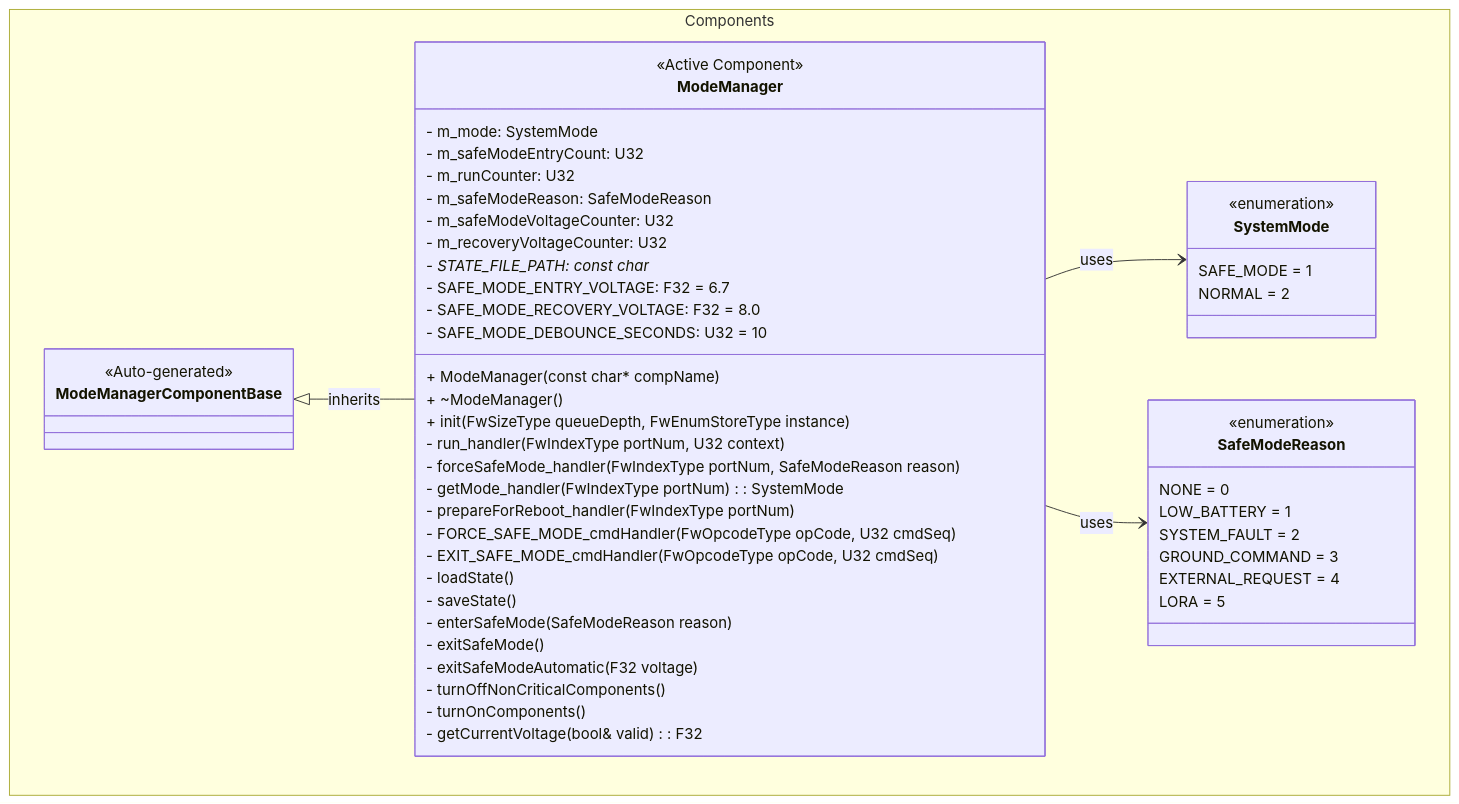
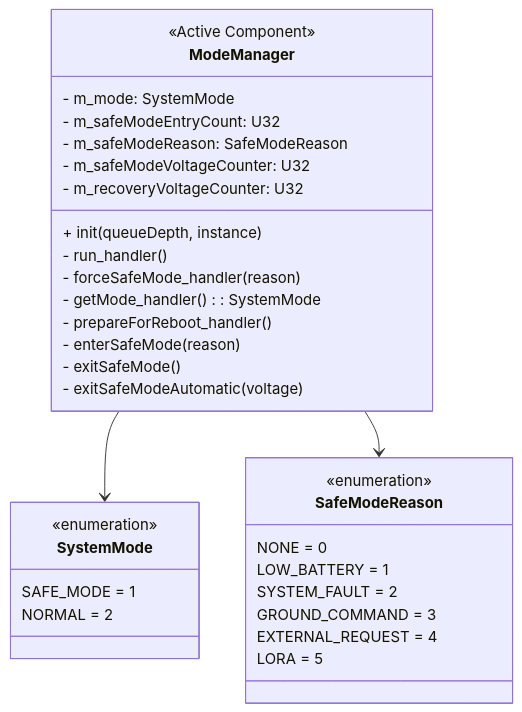
Before and after one commit to Open-Source-Space-Foundation/proves-core-reference: the first of 3 diagrams in FprimeZephyrReference/Components/ModeManager/docs/sdd.md, drawn with Mermaid. The commit also changed other lines of this file and 5 other files, not shown here.

````diff
--- a/FprimeZephyrReference/Components/ModeManager/docs/sdd.md
+++ b/FprimeZephyrReference/Components/ModeManager/docs/sdd.md
@@ -87,55 +21,35 @@
 ```mermaid
 classDiagram
-    namespace Components {
-        class ModeManagerComponentBase {
-            <<Auto-generated>>
-        }
-        class ModeManager {
-            <<Active Component>>
-            - m_mode: SystemMode
-            - m_safeModeEntryCount: U32
-            - m_runCounter: U32
-            - m_safeModeReason: SafeModeReason
-            - m_safeModeVoltageCounter: U32
-            - m_recoveryVoltageCounter: U32
-            - STATE_FILE_PATH: const char*
-            - SAFE_MODE_ENTRY_VOLTAGE: F32 = 6.7
-            - SAFE_MODE_RECOVERY_VOLTAGE: F32 = 8.0
-            - SAFE_MODE_DEBOUNCE_SECONDS: U32 = 10
-            + ModeManager(const char* compName)
-            + ~ModeManager()
-            + init(FwSizeType queueDepth, FwEnumStoreType instance)
-            - run_handler(FwIndexType portNum, U32 context)
-            - forceSafeMode_handler(FwIndexType portNum, SafeModeReason reason)
-            - getMode_handler(FwIndexType portNum): SystemMode
-            - prepareForReboot_handler(FwIndexType portNum)
-            - FORCE_SAFE_MODE_cmdHandler(FwOpcodeType opCode, U32 cmdSeq)
-            - EXIT_SAFE_MODE_cmdHandler(FwOpcodeType opCode, U32 cmdSeq)
-            - loadState()
-            - saveState()
-            - enterSafeMode(SafeModeReason reason)
-            - exitSafeMode()
-            - exitSafeModeAutomatic(F32 voltage)
-            - turnOffNonCriticalComponents()
-            - turnOnComponents()
-            - getCurrentVoltage(bool& valid): F32
-        }
-        class SystemMode {
-            <<enumeration>>
-            SAFE_MODE = 1
-            NORMAL = 2
-        }
-        class SafeModeReason {
-            <<enumeration>>
-            NONE = 0
-            LOW_BATTERY = 1
-            SYSTEM_FAULT = 2
-            GROUND_COMMAND = 3
-            EXTERNAL_REQUEST = 4
-            LORA = 5
-        }
+    class ModeManager {
+        <<Active Component>>
+        - m_mode: SystemMode
+        - m_safeModeEntryCount: U32
+        - m_safeModeReason: SafeModeReason
+        - m_safeModeVoltageCounter: U32
+        - m_recoveryVoltageCounter: U32
+        + init(queueDepth, instance)
+        - run_handler()
+        - forceSafeMode_handler(reason)
+        - getMode_handler(): SystemMode
+        - prepareForReboot_handler()
+        - enterSafeMode(reason)
+        - exitSafeMode()
+        - exitSafeModeAutomatic(voltage)
     }
-    ModeManagerComponentBase <|-- ModeManager : inherits
-    ModeManager --> SystemMode : uses
-    ModeManager --> SafeModeReason : uses
+    class SystemMode {
+        <<enumeration>>
+        SAFE_MODE = 1
+        NORMAL = 2
+    }
+    class SafeModeReason {
+        <<enumeration>>
+        NONE = 0
+        LOW_BATTERY = 1
+        SYSTEM_FAULT = 2
+        GROUND_COMMAND = 3
+        EXTERNAL_REQUEST = 4
+        LORA = 5
+    }
+    ModeManager --> SystemMode
+    ModeManager --> SafeModeReason
 ```
````
